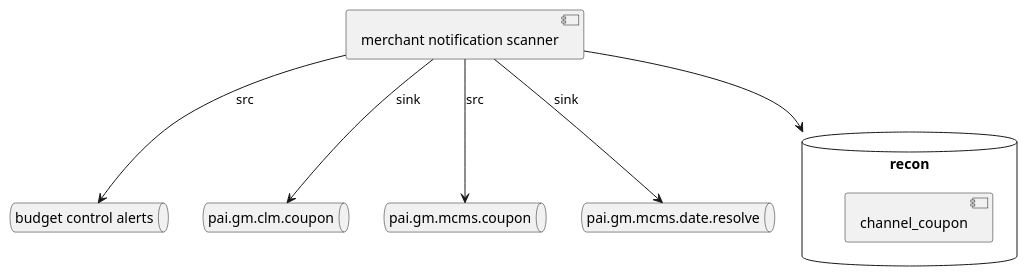
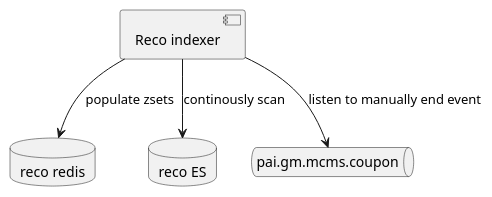
Before and after one commit to george24601/notes: the first of 4 diagrams in mgmt/plan.plantuml, drawn with PlantUML. The commit also changed other lines of this file and 7 other files, not shown here.

```diff
--- a/mgmt/plan.plantuml
+++ b/mgmt/plan.plantuml
@@ -1,19 +2,19 @@
 @startuml
 
-database "recon" {
-  [channel_coupon] as meta
+queue "pai.gm.mcms.coupon" as couponQ
+
+database "reco redis" as redis {
 }
 
-queue "budget control alerts" as bca
-queue "pai.gm.clm.coupon" as clm
-queue "pai.gm.clm.coupon" as clm
-queue "pai.gm.mcms.coupon" as mcms
-queue "pai.gm.mcms.date.resolve" as sn
+database "reco ES" as es {
+}
 
-[merchant notification scanner] as mns
-mns --> mcms : src
-mns --> bca :src
-mns --> clm :sink
-mns --> sn : sink
-mns --> recon
+
+
+[Reco indexer] as indexer
+
+indexer --> es : continously scan
+indexer --> redis : populate zsets
+indexer --> couponQ: listen to manually end event
+
 @enduml
```
